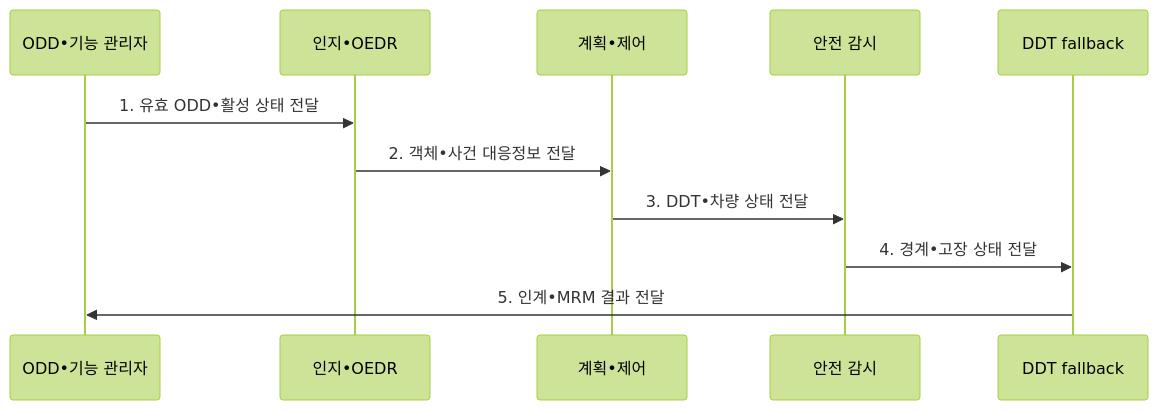
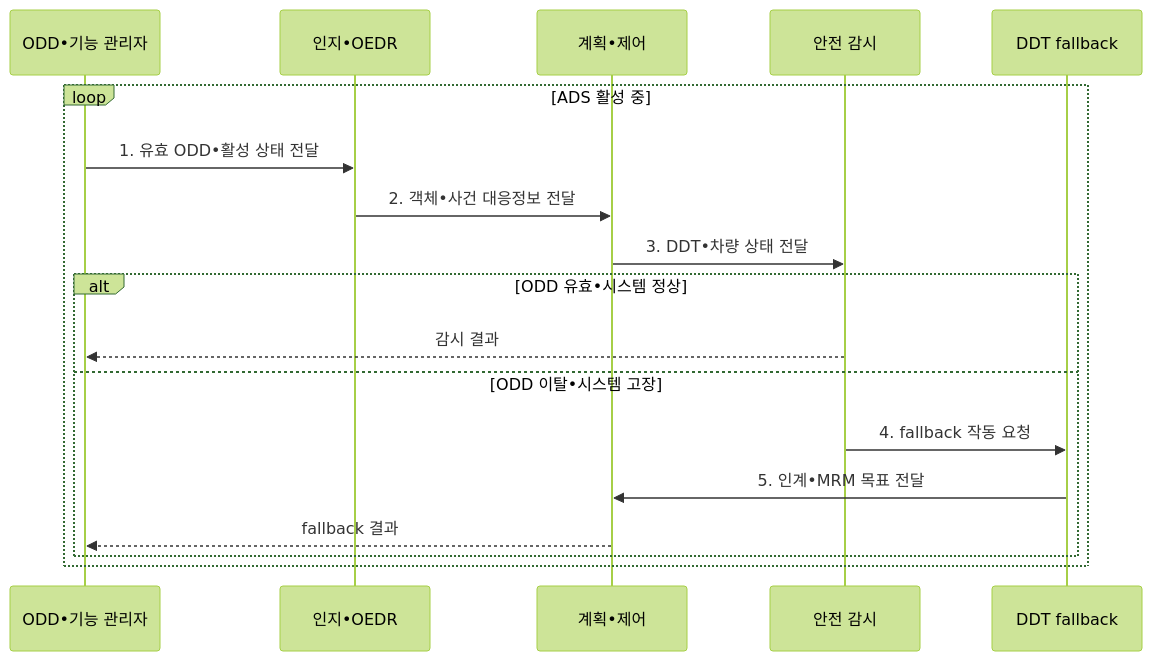
Before and after one commit to agnusdei1207/knowledge-base: the second of 2 diagrams in src/content/docs/notes/08-latest-tech/209_ads_automated_driving_system.md, drawn with Mermaid (forest theme). The commit also changed other lines of this file and 15 other files, not shown here.

````diff
--- a/src/content/docs/notes/08-latest-tech/209_ads_automated_driving_system.md
+++ b/src/content/docs/notes/08-latest-tech/209_ads_automated_driving_system.md
@@ -104,13 +104,20 @@
 ```mermaid
 sequenceDiagram
     participant O as ODD•기능 관리자
     participant P as 인지•OEDR
     participant C as 계획•제어
     participant S as 안전 감시
     participant F as DDT fallback
-    O->>P: 1. 유효 ODD•활성 상태 전달
-    P->>C: 2. 객체•사건 대응정보 전달
-    C->>S: 3. DDT•차량 상태 전달
-    S->>F: 4. 경계•고장 상태 전달
-    F->>O: 5. 인계•MRM 결과 전달
+    loop ADS 활성 중
+        O->>P: 1. 유효 ODD•활성 상태 전달
+        P->>C: 2. 객체•사건 대응정보 전달
+        C->>S: 3. DDT•차량 상태 전달
+        alt ODD 유효•시스템 정상
+            S-->>O: 감시 결과
+        else ODD 이탈•시스템 고장
+            S->>F: 4. fallback 작동 요청
+            F->>C: 5. 인계•MRM 목표 전달
+            C-->>O: fallback 결과
+        end
+    end
 ```
````
